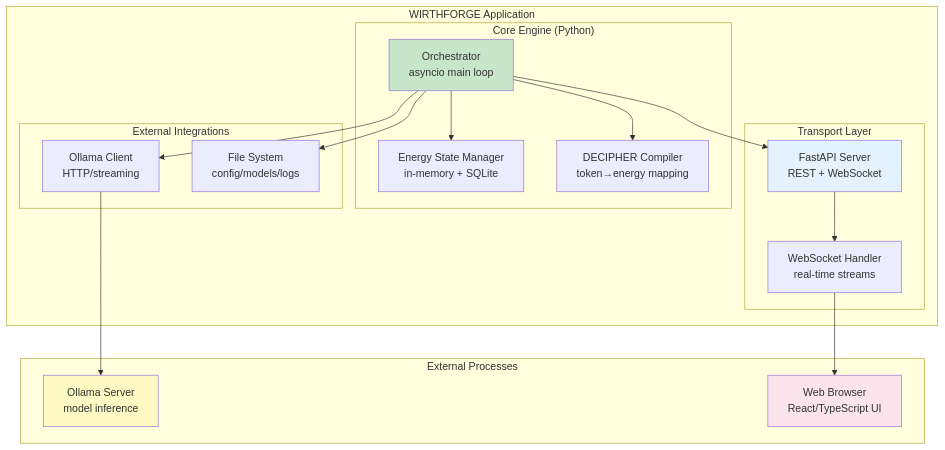
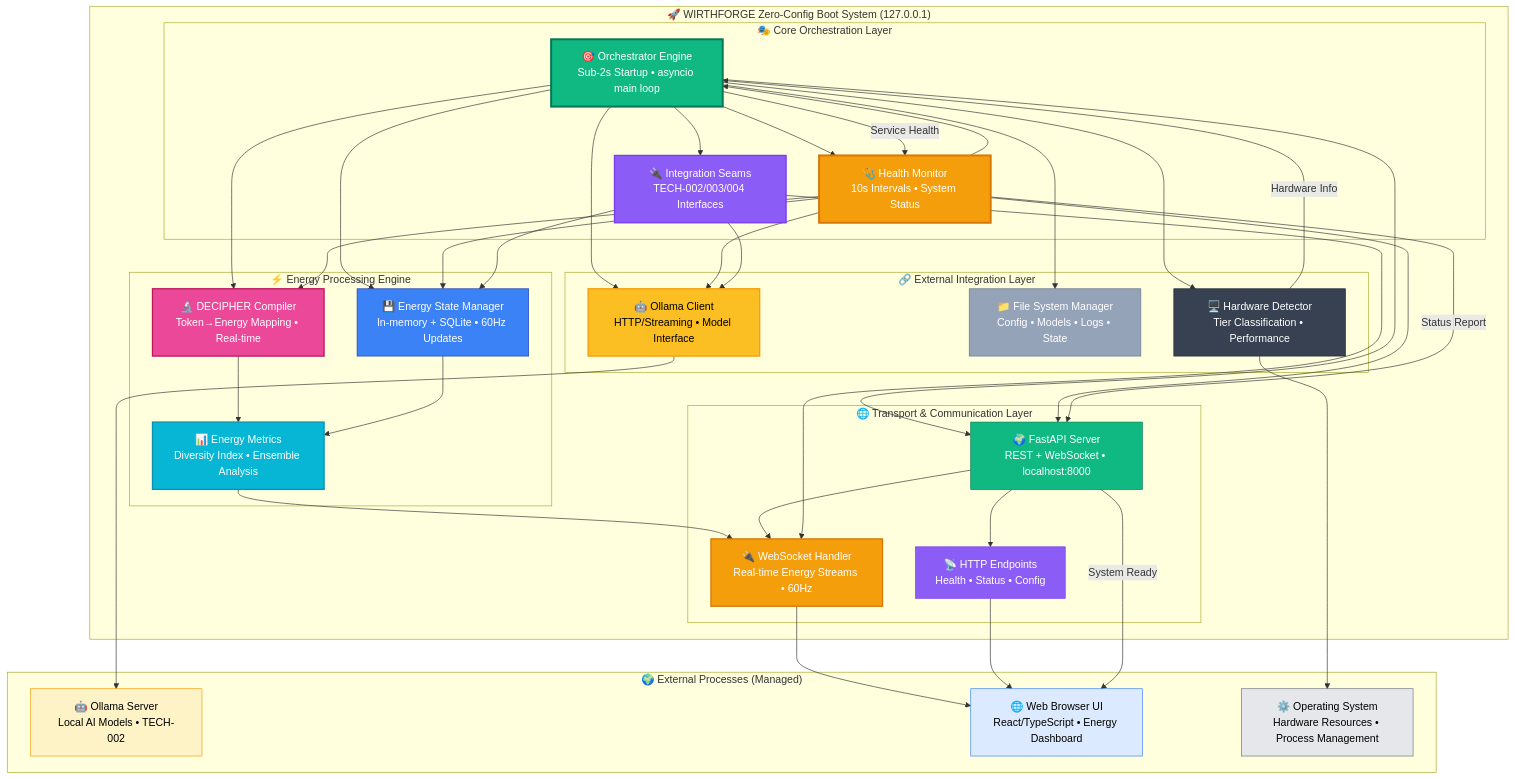
Before and after one commit to Leyber91/WirthForge_wiki: the diagram in assets/diagrams/WF-TECH-001-container-architecture.mmd, drawn with Mermaid. The commit also changed 11 other files, not shown here.

Commit message:
graphs and extra assets inserted

```diff
--- a/assets/diagrams/WF-TECH-001-container-architecture.mmd
+++ b/assets/diagrams/WF-TECH-001-container-architecture.mmd
@@ -1,37 +1,101 @@
 graph TB
-    subgraph "WIRTHFORGE Application"
-        subgraph "Core Engine (Python)"
-            O[Orchestrator<br/>asyncio main loop]
-            ES[Energy State Manager<br/>in-memory + SQLite]
-            DC[DECIPHER Compiler<br/>token→energy mapping]
+    subgraph "🚀 WIRTHFORGE Zero-Config Boot System (127.0.0.1)"
+        subgraph "🎭 Core Orchestration Layer"
+            O[🎯 Orchestrator Engine<br/>Sub-2s Startup • asyncio main loop]
+            HM[🩺 Health Monitor<br/>10s Intervals • System Status]
+            IS[🔌 Integration Seams<br/>TECH-002/003/004 Interfaces]
         end
         
-        subgraph "Transport Layer"
-            API[FastAPI Server<br/>REST + WebSocket]
-            WS[WebSocket Handler<br/>real-time streams]
+        subgraph "⚡ Energy Processing Engine"
+            ES[💾 Energy State Manager<br/>In-memory + SQLite • 60Hz Updates]
+            DC[🔬 DECIPHER Compiler<br/>Token→Energy Mapping • Real-time]
+            EM[📊 Energy Metrics<br/>Diversity Index • Ensemble Analysis]
         end
         
-        subgraph "External Integrations"
-            OL[Ollama Client<br/>HTTP/streaming]
-            FS[File System<br/>config/models/logs]
+        subgraph "🌐 Transport & Communication Layer"
+            API[🌍 FastAPI Server<br/>REST + WebSocket • localhost:8000]
+            WS[🔌 WebSocket Handler<br/>Real-time Energy Streams • 60Hz]
+            HTTP[📡 HTTP Endpoints<br/>Health • Status • Config]
+        end
+        
+        subgraph "🔗 External Integration Layer"
+            OL[🤖 Ollama Client<br/>HTTP/Streaming • Model Interface]
+            FS[📁 File System Manager<br/>Config • Models • Logs • State]
+            HW[🖥️ Hardware Detector<br/>Tier Classification • Performance]
         end
     end
     
-    subgraph "External Processes"
-        M[Ollama Server<br/>model inference]
-        UI[Web Browser<br/>React/TypeScript UI]
+    subgraph "🌍 External Processes (Managed)"
+        M[🤖 Ollama Server<br/>Local AI Models • TECH-002]
+        UI[🌐 Web Browser UI<br/>React/TypeScript • Energy Dashboard]
+        OS[⚙️ Operating System<br/>Hardware Resources • Process Management]
     end
     
+    %% Core orchestration flows
+    O --> HM
+    O --> IS
     O --> ES
     O --> DC
+    HM --> O
+    
+    %% Energy processing flows
+    DC --> EM
+    ES --> EM
+    EM --> WS
+    
+    %% Transport layer flows
     O --> API
     API --> WS
+    API --> HTTP
+    WS --> UI
+    HTTP --> UI
+    
+    %% Integration flows
     O --> OL
     O --> FS
+    O --> HW
     OL --> M
-    WS --> UI
+    HW --> OS
     
-    style O fill:#c8e6c9
-    style API fill:#e3f2fd
-    style M fill:#fff9c4
-    style UI fill:#fce4ec
+    %% Health monitoring flows
+    HM --> API
+    HM --> OL
+    HM --> ES
+    HM --> DC
+    
+    %% Integration seam flows
+    IS --> OL
+    IS --> WS
+    IS --> ES
+    
+    %% Boot sequence dependencies
+    HW -->|Hardware Info| O
+    O -->|Service Health| HM
+    HM -->|Status Report| API
+    API -->|System Ready| UI
+    
+    %% Styling with WIRTHFORGE colors and performance indicators
+    style O fill:#10B981,stroke:#047857,color:#FFF
+    style HM fill:#F59E0B,stroke:#D97706,color:#FFF
+    style IS fill:#8B5CF6,stroke:#7C3AED,color:#FFF
+    style ES fill:#3B82F6,stroke:#1E40AF,color:#FFF
+    style DC fill:#EC4899,stroke:#BE185D,color:#FFF
+    style EM fill:#06B6D4,stroke:#0891B2,color:#FFF
+    style API fill:#10B981,stroke:#047857,color:#FFF
+    style WS fill:#F59E0B,stroke:#D97706,color:#FFF
+    style HTTP fill:#8B5CF6,stroke:#7C3AED,color:#FFF
+    style OL fill:#FBBF24,stroke:#F59E0B,color:#000
+    style FS fill:#94A3B8,stroke:#64748B,color:#FFF
+    style HW fill:#374151,stroke:#1F2937,color:#FFF
+    style M fill:#FEF3C7,stroke:#F59E0B,color:#000
+    style UI fill:#DBEAFE,stroke:#3B82F6,color:#000
+    style OS fill:#E5E7EB,stroke:#6B7280,color:#000
+    
+    %% Performance class definitions
+    classDef performance fill:#065F46,stroke:#10B981,color:#FFF,stroke-width:3px
+    classDef realtime fill:#7C2D12,stroke:#EA580C,color:#FFF,stroke-width:2px
+    classDef integration fill:#581C87,stroke:#8B5CF6,color:#FFF,stroke-width:2px
+    
+    class O,HM performance
+    class DC,EM,WS realtime
+    class IS,OL integration
```
